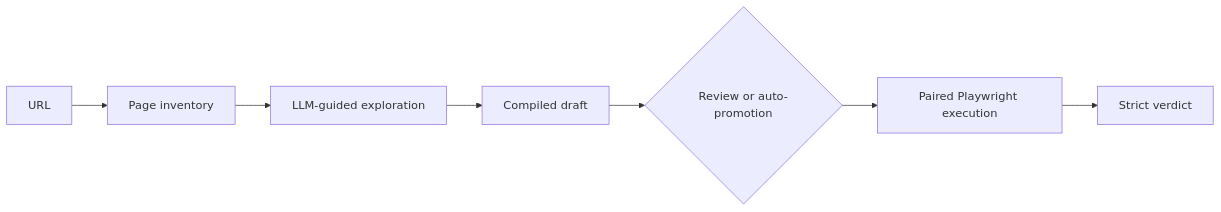
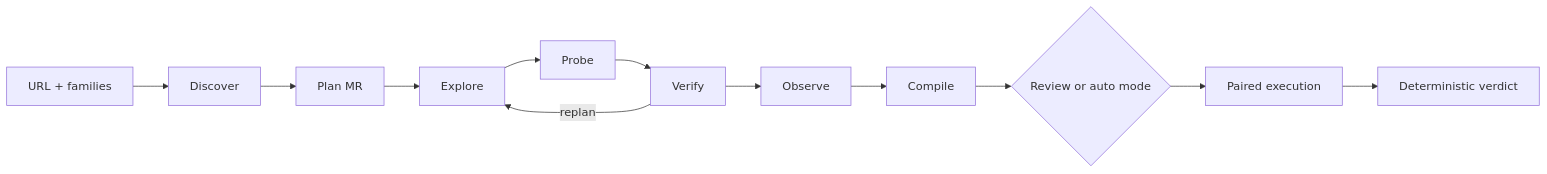
The diagram in README.md (a-coman/metamorph), drawn with Mermaid before and after one commit. The commit also changed other lines of this file and 6 other files, not shown here.

````diff
--- a/README.md
+++ b/README.md
@@ -24,9 +22,14 @@
 ```mermaid
 flowchart LR
-    A[URL] --> B[Page inventory]
-    B --> C[LLM-guided exploration]
-    C --> D[Compiled draft]
-    D --> E{Review or auto-promotion}
-    E --> F[Paired Playwright execution]
-    F --> G[Strict verdict]
+    A[URL + families] --> B[Discover]
+    B --> C[Plan MR]
+    C --> D[Explore]
+    D --> E[Probe]
+    E --> F[Verify]
+    F -- replan --> D
+    F --> G[Observe]
+    G --> H[Compile]
+    H --> I{Review or auto mode}
+    I --> J[Paired execution]
+    J --> K[Deterministic verdict]
 ```
````
